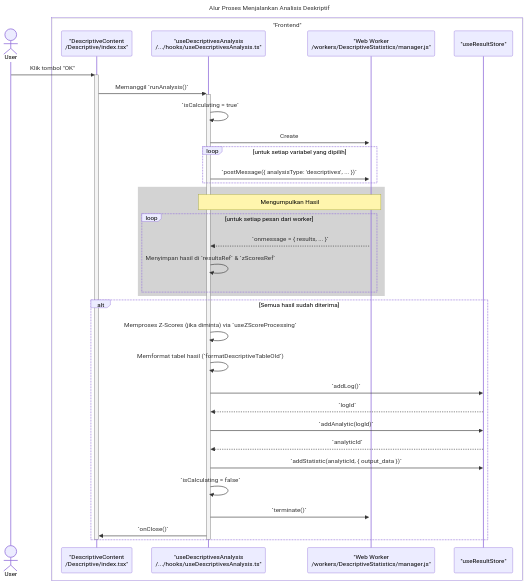
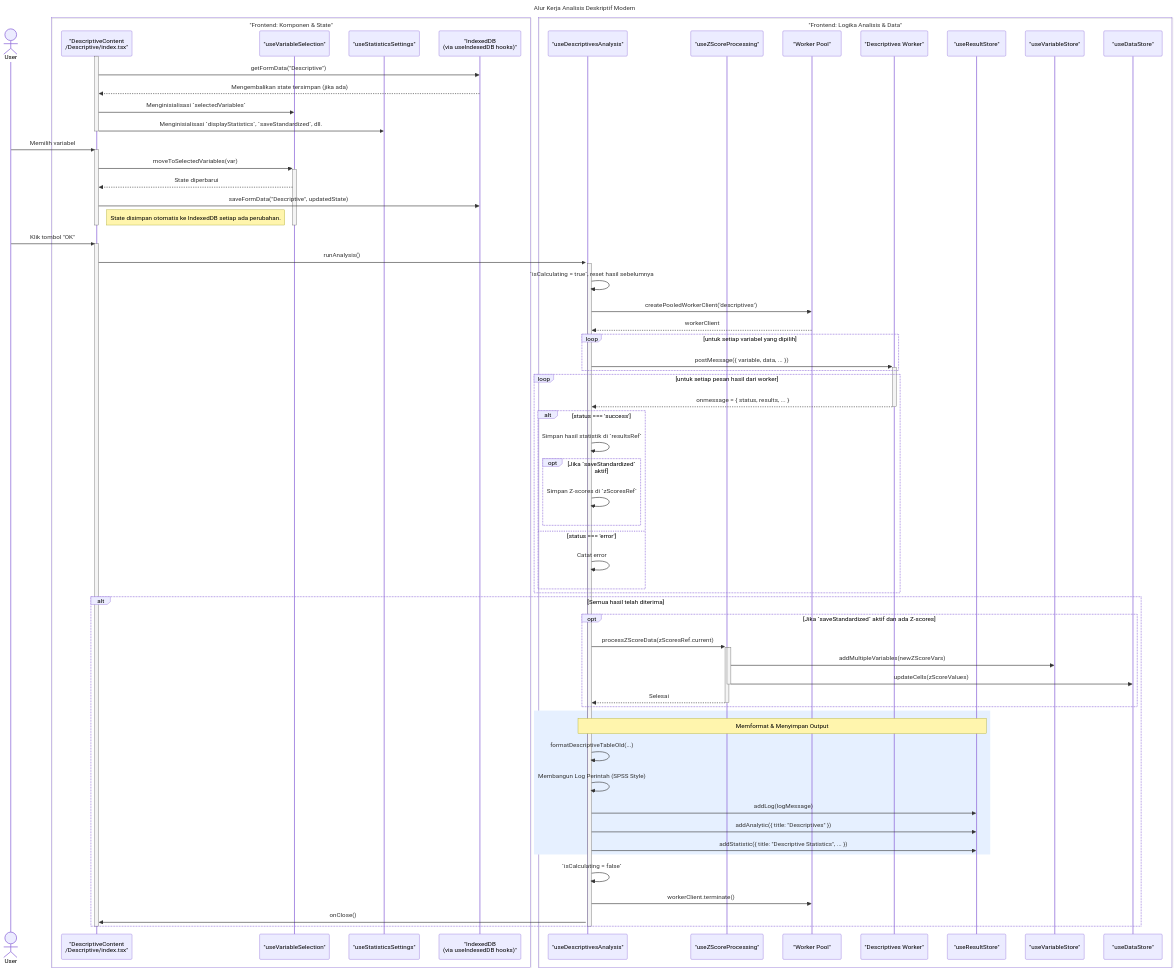
The diagram in frontend/docs/FDD/4-Design by Feature/6-Analisis-Statistik/3. Dialog-Analisis-Deskriptif.md (wilskk/statify), drawn with Mermaid before and after one commit. The commit also changed other lines of this file and 32 other files, not shown here.

````diff
--- a/frontend/docs/FDD/4-Design by Feature/6-Analisis-Statistik/3. Dialog-Analisis-Deskriptif.md
+++ b/frontend/docs/FDD/4-Design by Feature/6-Analisis-Statistik/3. Dialog-Analisis-Deskriptif.md
@@ -47,45 +15,93 @@
 ```mermaid
 sequenceDiagram
-    title: Alur Proses Menjalankan Analisis Deskriptif
+    title: Alur Kerja Analisis Deskriptif Modern
     actor User
 
-    box "Frontend"
+    box "Frontend: Komponen & State"
         participant View as "DescriptiveContent<br>/Descriptive/index.tsx"
-        participant Hook as "useDescriptivesAnalysis<br>/.../hooks/useDescriptivesAnalysis.ts"
-        participant Worker as "Web Worker<br>/workers/DescriptiveStatistics/manager.js"
-        participant Store as "useResultStore"
+        participant SelectionHook as "useVariableSelection"
+        participant SettingsHook as "useStatisticsSettings"
+        participant IndexedDB as "IndexedDB<br>(via useIndexedDB hooks)"
+    end
+    
+    box "Frontend: Logika Analisis & Data"
+        participant AnalysisHook as "useDescriptivesAnalysis"
+        participant ZScoreHook as "useZScoreProcessing"
+        participant WorkerPool as "Worker Pool"
+        participant Worker as "Descriptives Worker"
+        participant ResultStore as "useResultStore"
+        participant VarStore as "useVariableStore"
+        participant DataStore as "useDataStore"
     end
 
+    %% Inisialisasi & Memuat State dari IndexedDB
+    activate View
+    View->>IndexedDB: getFormData("Descriptive")
+    IndexedDB-->>View: Mengembalikan state tersimpan (jika ada)
+    View->>SelectionHook: Menginisialisasi `selectedVariables`
+    View->>SettingsHook: Menginisialisasi `displayStatistics`, `saveStandardized`, dll.
+    deactivate View
+
+    %% Interaksi Pengguna & Penyimpanan State Otomatis
+    User->>+View: Memilih variabel
+    View->>+SelectionHook: moveToSelectedVariables(var)
+    SelectionHook-->>View: State diperbarui
+    View->>IndexedDB: saveFormData("Descriptive", updatedState)
+    Note right of View: State disimpan otomatis ke IndexedDB setiap ada perubahan.
+    deactivate View
+    deactivate SelectionHook
+    
+    %% Menjalankan Analisis
     User->>+View: Klik tombol "OK"
-    View->>+Hook: Memanggil `runAnalysis()`
-
-    Hook->>Hook: `isCalculating = true`
-    Hook->>+Worker: Create
-
+    View->>+AnalysisHook: runAnalysis()
+    
+    activate AnalysisHook
+    AnalysisHook->>AnalysisHook: `isCalculating = true`, reset hasil sebelumnya
+    AnalysisHook->>WorkerPool: createPooledWorkerClient('descriptives')
+    WorkerPool-->>AnalysisHook: workerClient
+    
     loop untuk setiap variabel yang dipilih
-        Hook->>Worker: `postMessage({ analysisType: 'descriptives', ... })`
+        AnalysisHook->>+Worker: postMessage({ variable, data, ... })
     end
-
-    rect rgb(211, 211, 211)
-    note over Hook, Worker: Mengumpulkan Hasil
-        loop untuk setiap pesan dari worker
-            Worker-->>Hook: `onmessage = { results, ... }`
-            Hook->>Hook: Menyimpan hasil di `resultsRef` & `zScoresRef`
+    
+    %% Mengumpulkan Hasil dari Worker
+    loop untuk setiap pesan hasil dari worker
+        Worker-->>-AnalysisHook: onmessage = { status, results, ... }
+        alt status === 'success'
+            AnalysisHook->>AnalysisHook: Simpan hasil statistik di `resultsRef`
+            opt Jika `saveStandardized` aktif
+                AnalysisHook->>AnalysisHook: Simpan Z-scores di `zScoresRef`
+            end
+        else status === 'error'
+            AnalysisHook->>AnalysisHook: Catat error
         end
     end
+    
+    %% Finalisasi setelah semua worker selesai
+    alt Semua hasil telah diterima
+        opt Jika `saveStandardized` aktif dan ada Z-scores
+            AnalysisHook->>+ZScoreHook: processZScoreData(zScoresRef.current)
+            activate ZScoreHook
+            ZScoreHook->>VarStore: addMultipleVariables(newZScoreVars)
+            ZScoreHook->>DataStore: updateCells(zScoreValues)
+            deactivate ZScoreHook
+            ZScoreHook-->>-AnalysisHook: Selesai
+        end
 
-    alt Semua hasil sudah diterima
-        Hook->>Hook: Memproses Z-Scores (jika diminta) via `useZScoreProcessing`
-        Hook->>Hook: Memformat tabel hasil (`formatDescriptiveTableOld`)
-        Hook->>Store: `addLog()`
-        Store-->>Hook: `logId`
-        Hook->>Store: `addAnalytic(logId)`
-        Store-->>Hook: `analyticId`
-        Hook->>Store: `addStatistic(analyticId, { output_data })`
-        Hook->>Hook: `isCalculating = false`
-        Hook->>Worker: `terminate()`
-        Hook->>View: `onClose()`
+        rect rgb(230, 240, 255)
+            note over AnalysisHook, ResultStore: Memformat & Menyimpan Output
+            AnalysisHook->>AnalysisHook: formatDescriptiveTableOld(...)
+            AnalysisHook->>AnalysisHook: Membangun Log Perintah (SPSS Style)
+            AnalysisHook->>ResultStore: addLog(logMessage)
+            AnalysisHook->>ResultStore: addAnalytic({ title: "Descriptives" })
+            AnalysisHook->>ResultStore: addStatistic({ title: "Descriptive Statistics", ... })
+        end
+
+        AnalysisHook->>AnalysisHook: `isCalculating = false`
+        AnalysisHook->>WorkerPool: workerClient.terminate()
+        AnalysisHook->>View: onClose()
     end
-    deactivate Hook
+    
+    deactivate AnalysisHook
     deactivate View
 ```
````
